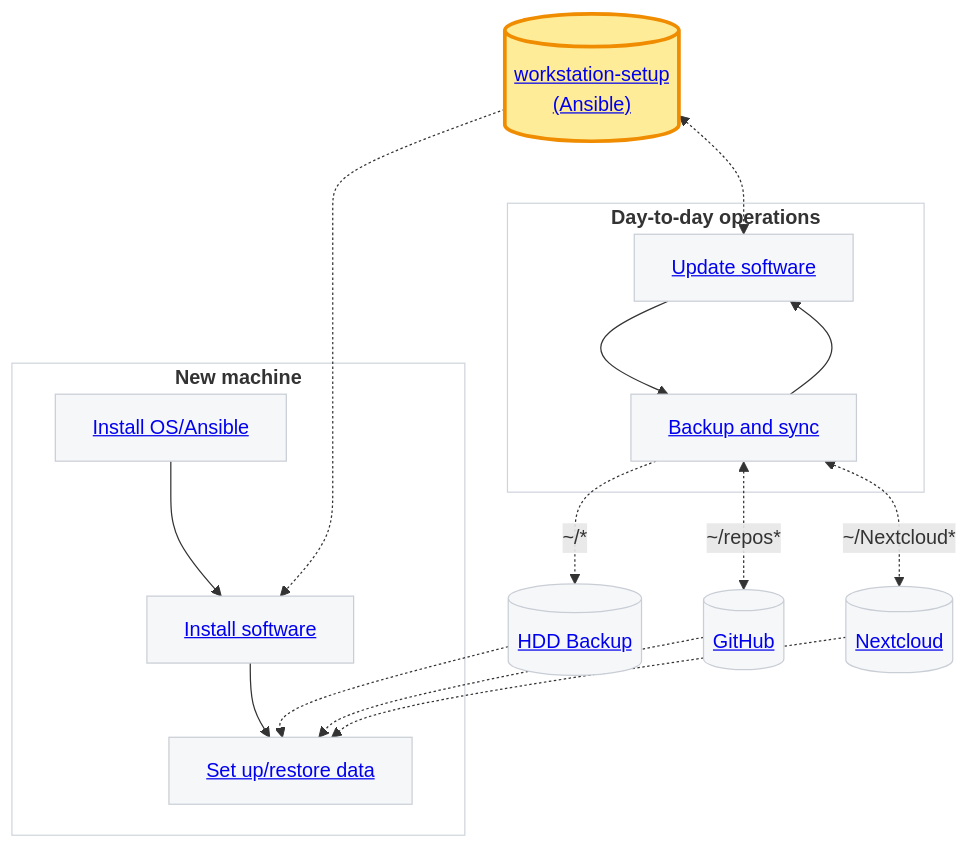
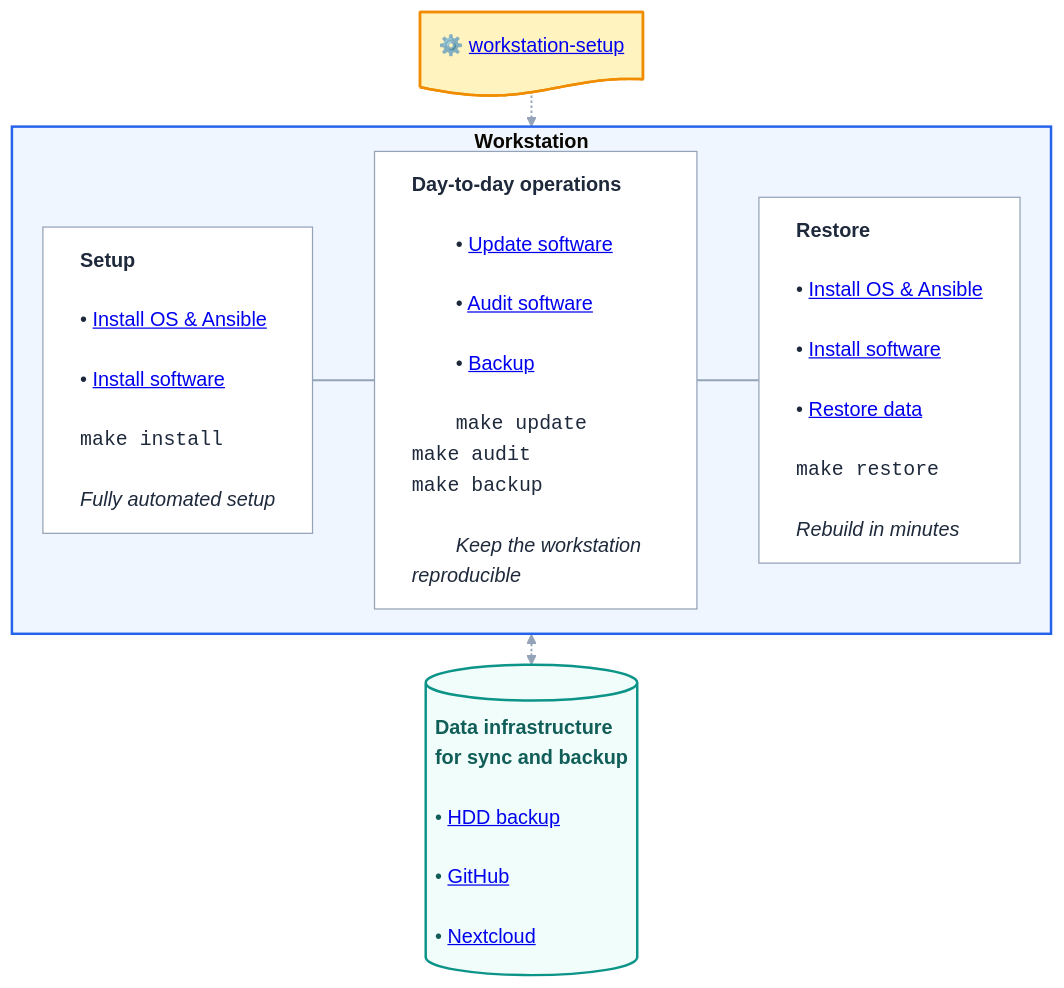
Before and after one commit to fs-ise/workstation-setup: the diagram in docs/index.qmd, drawn with Mermaid.

Commit message:
update overview

````diff
--- a/docs/index.qmd
+++ b/docs/index.qmd
@@ -37,44 +8,68 @@
 ```{mermaid}
-flowchart TD
-  %% External infrastructure (outside the subgraphs)
-  GH[(<a href='backup.html#github'>GitHub</a>)]
-  BK[(<a href='backup.html#hdd-backup'>HDD Backup</a>)]
-  NC[(<a href='backup.html#nextcloud'>Nextcloud</a>)]
-  A[("<a href='https://github.com/fs-ise/workstation-setup'>workstation-setup<br/>(Ansible)</a>")]
+%%| fig-align: center
+---
+config:
+  theme: base
+  themeCSS: |-
+    .node { color-scheme: light dark; }
 
-  %% Day-to-day flow
-  subgraph Daily["<strong>Day-to-day operations</strong>"]
-     AUpd["<a href='update_software.html'>Update software</a>"] --> S[<a href='backup.html'>Backup and sync</a>]
-     S --> AUpd
-  end
-  A <-.-> AUpd
+    .nodeLabel { line-height: 1.15 !important; }
+---
+%%{init: {"flowchart":{"rankSpacing":25,"nodeSpacing":20,"curve":"linear","htmlLabels":true}}}%%
+flowchart TB
 
-  S -. "~/*" .-> BK
-  S <-. ~/repos* .-> GH
-  S <-. ~/Nextcloud* .-> NC
+    %% Top: Configuration recipe
+    A@{ shape: doc, label: "⚙️ <a href='https://github.com/fs-ise/workstation-setup'>workstation-setup</a><br/>" }
 
+    %% Middle: Workstation lifecycle
+    subgraph WS["<strong>Workstation</strong>"]
+        direction LR
 
-  %% New machine flow
-  subgraph New["<strong>New machine</strong>"]
-    OS[<a href='install_os.html'>Install OS/Ansible</a>]
-    OS --> AInst["<a href='install_software.html'>Install software</a>"] --> R
-    R[<a href='restore.html'>Set up/restore data</a>]
-  end
-  A -.-> AInst
+        Setup["<strong>Setup</strong><br/>
+        • <a href='install_os.html'>Install OS & Ansible</a><br/>
+        • <a href='install_software.html'>Install software</a><br/>
+        <span style='font-family:monospace;'>make install</span><br/>
+        <i>Fully automated setup</i>"]
 
-  BK -.-> R
-  GH -.-> R
-  NC -.-> R
+        Daily["<strong>Day-to-day operations</strong><br/>
+        • <a href='update_software.html'>Update software</a><br/>
+        • <a href='update_software.html#audit'>Audit software</a><br/>
+        • <a href='backup.html'>Backup</a><br/>
+        <span style='font-family:monospace;'>make update<br/>make audit<br/>make backup</span><br/>
+        <i>Keep the workstation reproducible</i>"]
 
-  %% Styling
-  classDef highlight fill:#ffec99,stroke:#f08c00,stroke-width:3px,color:#1b1b1b;
-  classDef muted fill:#f6f7f9,stroke:#c9ced6,stroke-width:1px,color:#2b2b2b;
+        Restore["<strong>Restore</strong><br/>
+        • <a href='install_os.html'>Install OS & Ansible</a><br/>
+        • <a href='install_software.html'>Install software</a><br/>
+        • <a href='restore.html#data'>Restore data</a><br/>
+        <span style='font-family:monospace;'>make restore</span><br/>
+        <i>Rebuild in minutes</i>"]
 
-  class A highlight;
-  class GH,BK,NC,AUpd,S,OS,AInst,R muted;
+        %% Invisible links enforce left-to-right ordering
+        Setup ~~~ Daily ~~~ Restore
+    end
 
-  %% Optional: soften subgraph borders
-  style Daily fill:#ffffff,stroke:#d0d5dd,stroke-width:1px;
-  style New fill:#ffffff,stroke:#d0d5dd,stroke-width:1px;
+    %% Bottom: Shared data infrastructure
+    DATA[("<strong>Data infrastructure<br/>for sync and backup</strong><br/>
+    • <a href='backup.html#hdd-backup'>HDD backup</a><br/>
+    • <a href='backup.html#github'>GitHub</a><br/>
+    • <a href='backup.html#nextcloud'>Nextcloud</a>")]
 
+    %% External connections
+    A -.-> WS
+    WS <-.-> DATA
+
+    %% Node styles
+    classDef ansible fill:#fff3bf,stroke:#f08c00,stroke-width:2px,color:#1e293b;
+    classDef phase fill:#ffffff,stroke:#94a3b8,stroke-width:1px,color:#1e293b,text-align:left;
+    classDef storage fill:#f0fdfa,stroke:#0d9488,stroke-width:2px,color:#115e59,text-align:left;
+
+    class A ansible;
+    class Setup,Daily,Restore phase;
+    class DATA storage;
+
+    %% Workstation container
+    style WS fill:#eff6ff,stroke:#2563eb,stroke-width:2px
+
+    linkStyle default stroke:#94a3b8,stroke-width:1.5px
 ```
````
